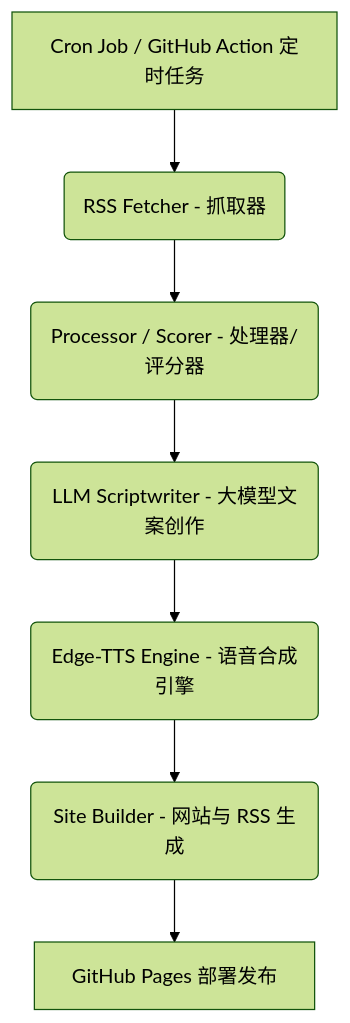
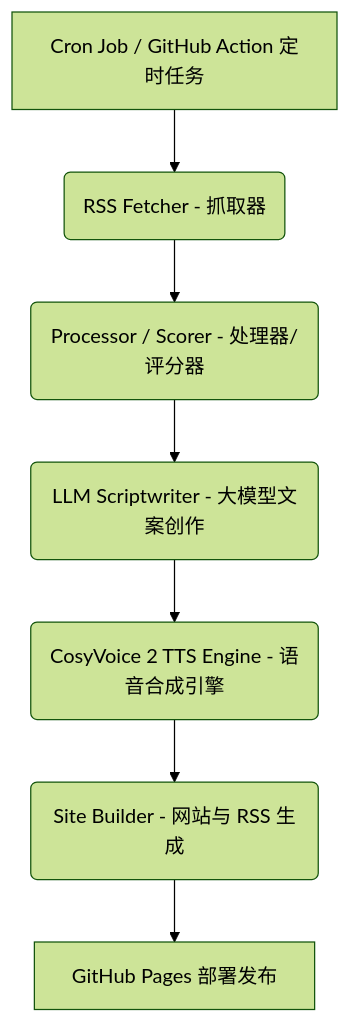
Before and after one commit to nicekai-jpg/ai-news-podcast: the diagram in docs/architecture.md, drawn with Mermaid (forest theme). The commit also changed other lines of this file and 5 other files, not shown here.

First line of the commit message:
docs: update all documentation to reflect current architecture

````diff
--- a/docs/architecture.md
+++ b/docs/architecture.md
@@ -9,9 +9,9 @@
 ```mermaid
 graph TD
     A[Cron Job / GitHub Action 定时任务] --> B(RSS Fetcher - 抓取器)
     B --> C(Processor / Scorer - 处理器/评分器)
     C --> D(LLM Scriptwriter - 大模型文案创作)
-    D --> E(Edge-TTS Engine - 语音合成引擎)
+    D --> E(CosyVoice 2 TTS Engine - 语音合成引擎)
     E --> F(Site Builder - 网站与 RSS 生成)
     F --> G[GitHub Pages 部署发布]
 ```
````
